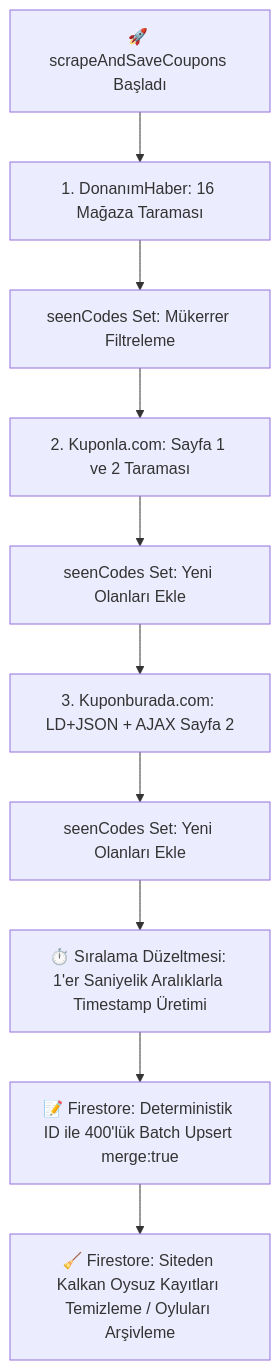
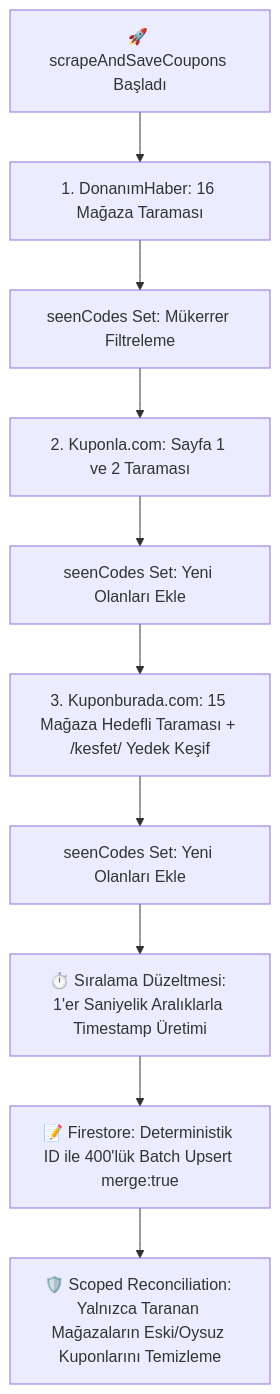
The fourth of 5 diagrams in documentation/kuponlar/kuponlar_modulu_rehberi.md (gky61/s-cak-f-rsatlar), drawn with Mermaid before and after one commit. The commit also changed other lines of this file and 33 other files, not shown here.

````diff
--- a/documentation/kuponlar/kuponlar_modulu_rehberi.md
+++ b/documentation/kuponlar/kuponlar_modulu_rehberi.md
@@ -390,15 +393,15 @@
 ```mermaid
 graph TD
     Start[🚀 scrapeAndSaveCoupons Başladı] --> S1[1. DonanımHaber: 16 Mağaza Taraması]
     S1 --> Dedup1[seenCodes Set: Mükerrer Filtreleme]
     
     Dedup1 --> S2[2. Kuponla.com: Sayfa 1 ve 2 Taraması]
     S2 --> Dedup2[seenCodes Set: Yeni Olanları Ekle]
     
-    Dedup2 --> S3[3. Kuponburada.com: LD+JSON + AJAX Sayfa 2]
+    Dedup2 --> S3[3. Kuponburada.com: 15 Mağaza Hedefli Taraması + /kesfet/ Yedek Keşif]
     S3 --> Dedup3[seenCodes Set: Yeni Olanları Ekle]
     
     Dedup3 --> Order[⏱️ Sıralama Düzeltmesi: 1'er Saniyelik Aralıklarla Timestamp Üretimi]
     Order --> WriteNew[📝 Firestore: Deterministik ID ile 400'lük Batch Upsert merge:true]
-    WriteNew --> CleanOld[🧹 Firestore: Siteden Kalkan Oysuz Kayıtları Temizleme / Oyluları Arşivleme]
+    WriteNew --> CleanOld[🛡️ Scoped Reconciliation: Yalnızca Taranan Mağazaların Eski/Oysuz Kuponlarını Temizleme]
 ```
````
